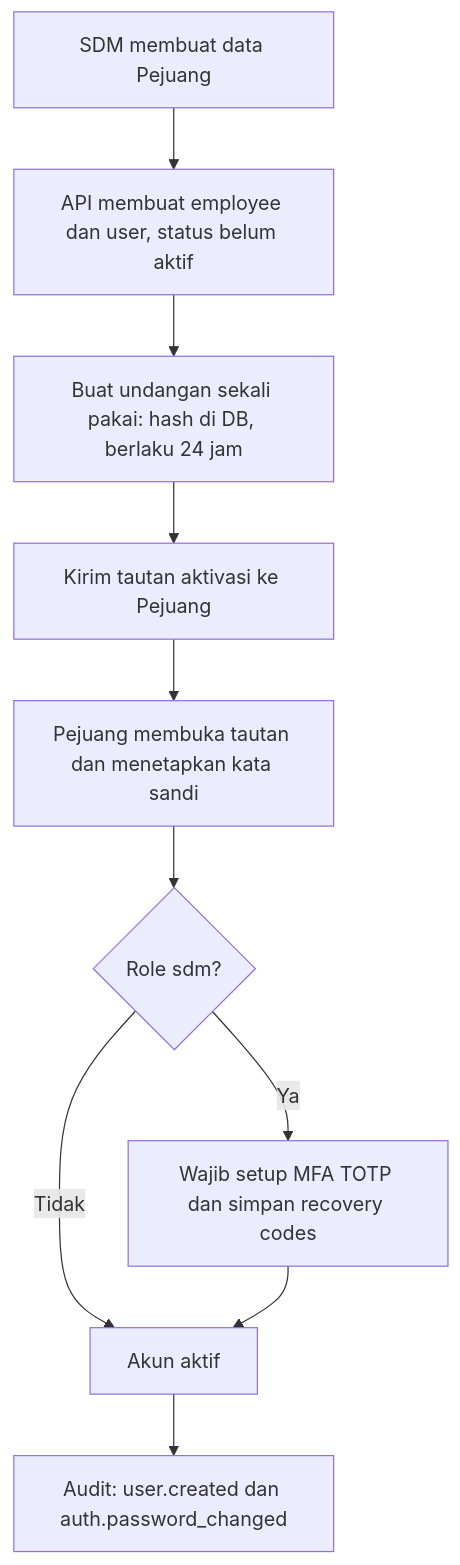
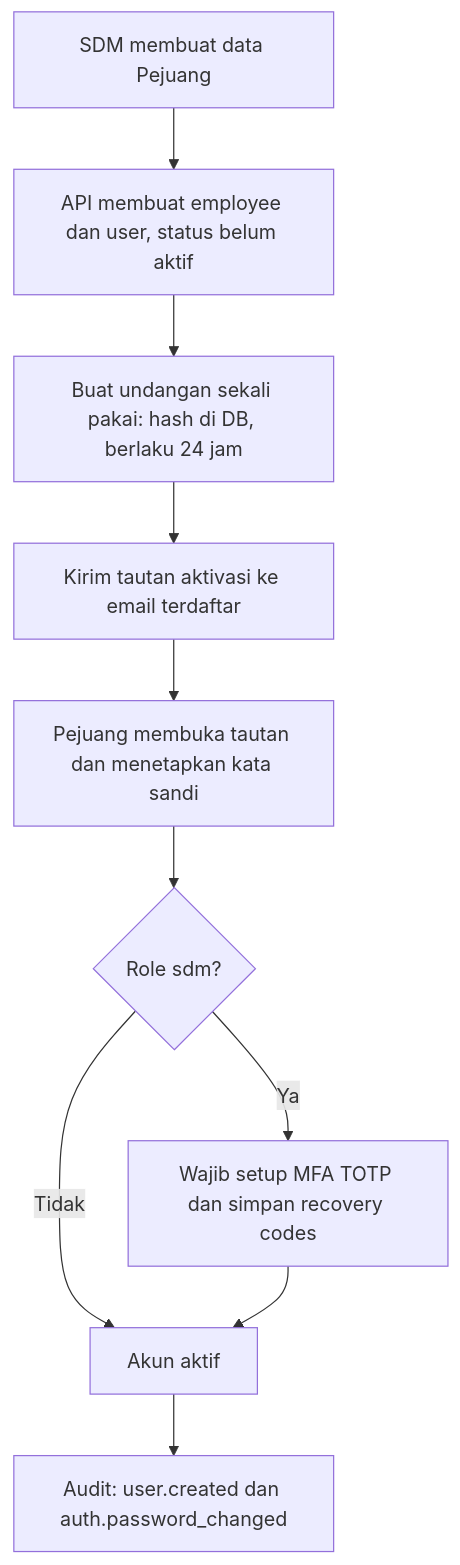
Before and after one commit to rzarxx/HRIS: the third of 29 diagrams in MASTER.md, drawn with Mermaid. The commit also changed other lines of this file and 6 other files, not shown here.

````diff
--- a/MASTER.md
+++ b/MASTER.md
@@ -835,12 +865,12 @@
 ```mermaid
 flowchart TD
     A["SDM membuat data Pejuang"] --> B["API membuat employee dan user, status belum aktif"]
     B --> C["Buat undangan sekali pakai: hash di DB, berlaku 24 jam"]
-    C --> D["Kirim tautan aktivasi ke Pejuang"]
+    C --> D["Kirim tautan aktivasi ke email terdaftar"]
     D --> E["Pejuang membuka tautan dan menetapkan kata sandi"]
     E --> F{"Role sdm?"}
     F -- Ya --> G["Wajib setup MFA TOTP dan simpan recovery codes"]
     F -- Tidak --> H["Akun aktif"]
     G --> H
     H --> I["Audit: user.created dan auth.password_changed"]
 ```
````
